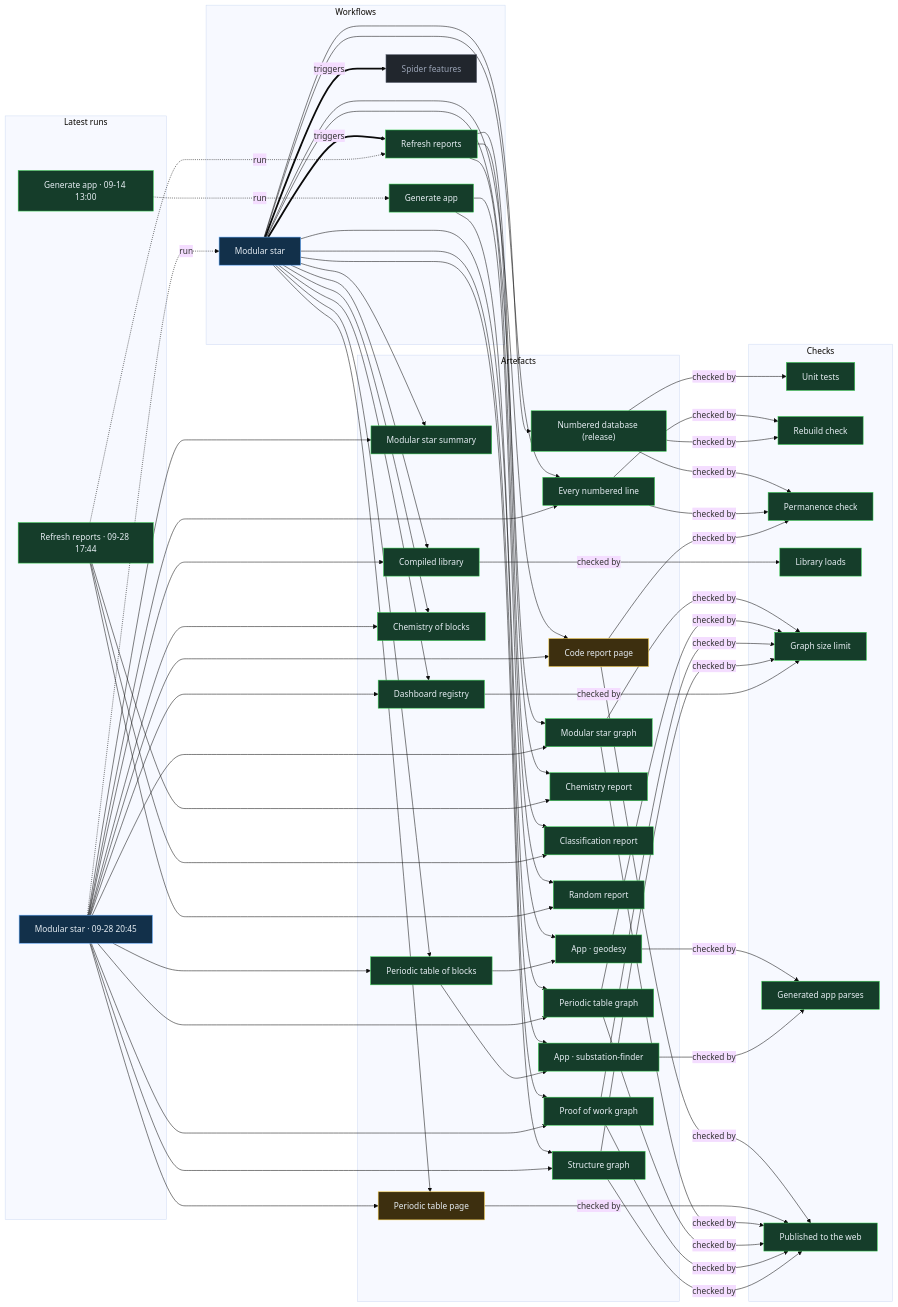
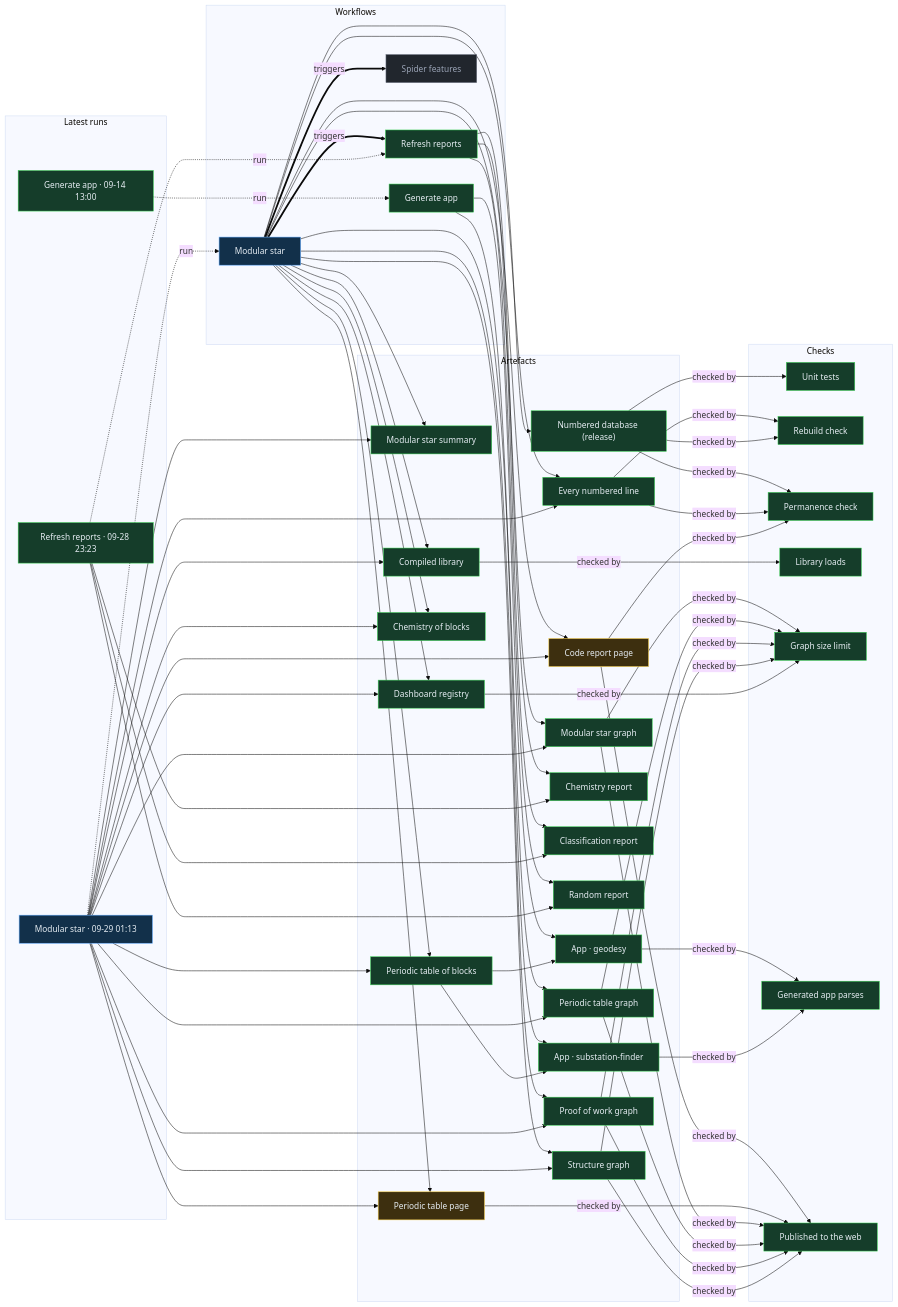
The diagram in proof/PROOF.md (Ventusltd/stars), drawn with Mermaid (base theme) before and after one commit. The commit also changed other lines of this file and 38 other files, not shown here.

Commit message:
Modular star 2026-09-29T01:16Z

```diff
--- a/proof/PROOF.md
+++ b/proof/PROOF.md
@@ -24,8 +24,8 @@
   n_wf_spider_features["Spider features"]:::off
   end
   subgraph g_runs["Latest runs"]
-  n_run_36481425373["Modular star · 09-28 20:45"]:::live
-  n_run_36460212091["Refresh reports · 09-28 17:44"]:::ok
+  n_run_36506904605["Modular star · 09-29 01:13"]:::live
+  n_run_36497745814["Refresh reports · 09-28 23:23"]:::ok
   n_run_34846587798["Generate app · 09-14 13:00"]:::ok
   end
   subgraph g_artefacts["Artefacts"]
@@ -59,39 +59,39 @@
   end
   n_wf_modular_star == triggers ==> n_wf_refresh
   n_wf_modular_star == triggers ==> n_wf_spider_features
-  n_run_36481425373 -. run .-> n_wf_modular_star
-  n_run_36460212091 -. run .-> n_wf_refresh
+  n_run_36506904605 -. run .-> n_wf_modular_star
+  n_run_36497745814 -. run .-> n_wf_refresh
   n_run_34846587798 -. run .-> n_wf_generate
   n_wf_modular_star --> n_art_summary
-  n_run_36481425373 --> n_art_summary
+  n_run_36506904605 --> n_art_summary
   n_wf_modular_star --> n_art_lines
-  n_run_36481425373 --> n_art_lines
+  n_run_36506904605 --> n_art_lines
   n_wf_modular_star --> n_art_code
-  n_run_36481425373 --> n_art_code
+  n_run_36506904605 --> n_art_code
   n_wf_modular_star --> n_art_modular_graph
-  n_run_36481425373 --> n_art_modular_graph
+  n_run_36506904605 --> n_art_modular_graph
   n_wf_modular_star --> n_art_blocks
-  n_run_36481425373 --> n_art_blocks
+  n_run_36506904605 --> n_art_blocks
   n_wf_modular_star --> n_art_table
-  n_run_36481425373 --> n_art_table
+  n_run_36506904605 --> n_art_table
   n_wf_modular_star --> n_art_blocks_graph
-  n_run_36481425373 --> n_art_blocks_graph
+  n_run_36506904605 --> n_art_blocks_graph
   n_wf_modular_star --> n_art_reactions
-  n_run_36481425373 --> n_art_reactions
+  n_run_36506904605 --> n_art_reactions
   n_wf_modular_star --> n_art_library
-  n_run_36481425373 --> n_art_library
+  n_run_36506904605 --> n_art_library
   n_wf_modular_star --> n_art_features
-  n_run_36481425373 --> n_art_features
+  n_run_36506904605 --> n_art_features
   n_wf_modular_star --> n_art_proof
-  n_run_36481425373 --> n_art_proof
+  n_run_36506904605 --> n_art_proof
   n_wf_modular_star --> n_art_structure
-  n_run_36481425373 --> n_art_structure
+  n_run_36506904605 --> n_art_structure
   n_wf_refresh --> n_art_chemistry
-  n_run_36460212091 --> n_art_chemistry
+  n_run_36497745814 --> n_art_chemistry
   n_wf_refresh --> n_art_vedic
-  n_run_36460212091 --> n_art_vedic
+  n_run_36497745814 --> n_art_vedic
   n_wf_refresh --> n_art_random
-  n_run_36460212091 --> n_art_random
+  n_run_36497745814 --> n_art_random
   n_wf_modular_star --> n_art_release
   n_wf_generate --> n_app_geodesy
   n_art_blocks --> n_app_geodesy
```
